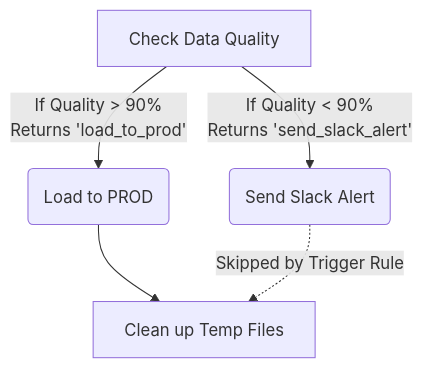
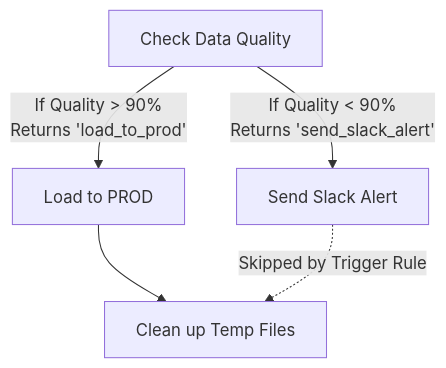
Before and after one commit to samargupta096/software-engineering: the second of 2 diagrams in devops/airflow/02_core_concepts_deep_dive.md, drawn with Mermaid. The commit also changed other lines of this file and 4 other files, not shown here.

Commit message:
docs: finalize Mermaid diagram compliance across all Airflow modules and comprehensive guide

````diff
--- a/devops/airflow/02_core_concepts_deep_dive.md
+++ b/devops/airflow/02_core_concepts_deep_dive.md
@@ -117,10 +117,10 @@
 ```mermaid
 graph TD
     A["Check Data Quality"]
     
-    A -->|"If Quality > 90% \n Returns 'load_to_prod'"| B("Load to PROD")
-    A -->|"If Quality < 90% \n Returns 'send_slack_alert'"| C("Send Slack Alert")
+    A -->|"If Quality > 90% \n Returns 'load_to_prod'"| B["Load to PROD"]
+    A -->|"If Quality < 90% \n Returns 'send_slack_alert'"| C["Send Slack Alert"]
     
     B --> D["Clean up Temp Files"]
     C -.->|Skipped by Trigger Rule| D
 ```
````
